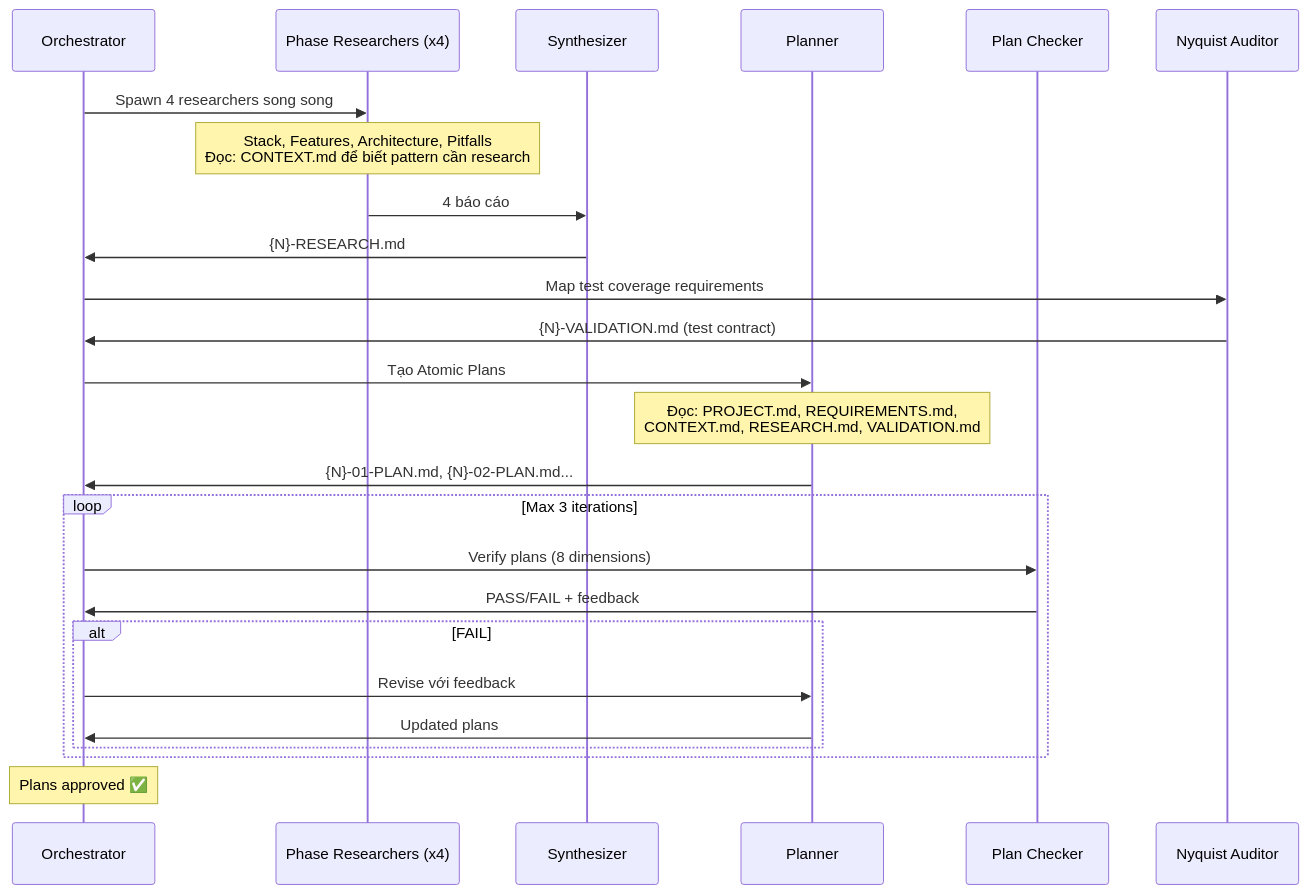
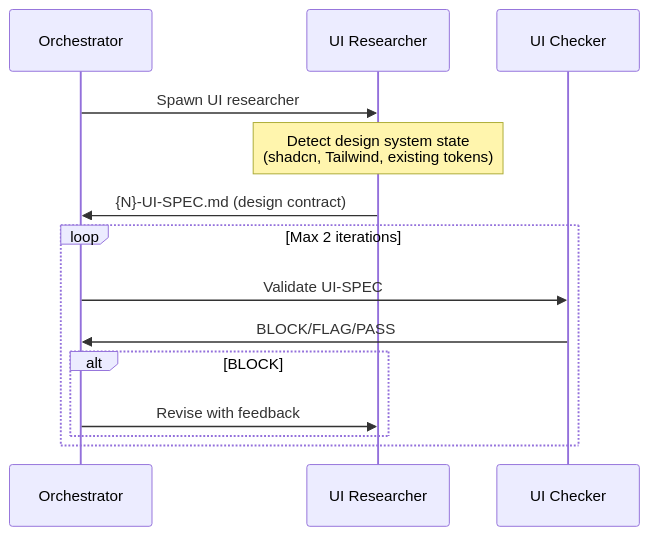
The third of 7 diagrams in vn/get-shit-done/1. Architecture and Logic.md (thientranhung/agentic-coding-lab), drawn with Mermaid before and after one commit. The commit also changed other lines of this file and 14 other files, not shown here.

````diff
--- a/vn/get-shit-done/1. Architecture and Logic.md
+++ b/vn/get-shit-done/1. Architecture and Logic.md
@@ -154,32 +160,18 @@
 ```mermaid
 sequenceDiagram
     participant O as Orchestrator
-    participant R as Phase Researchers (x4)
-    participant RS as Synthesizer
-    participant P as Planner
-    participant PC as Plan Checker
-    participant NQ as Nyquist Auditor
+    participant UIR as UI Researcher
+    participant UIC as UI Checker
 
-    O->>R: Spawn 4 researchers song song
-    Note over R: Stack, Features, Architecture, Pitfalls<br/>Đọc: CONTEXT.md để biết pattern cần research
-    R->>RS: 4 báo cáo
-    RS->>O: {N}-RESEARCH.md
-
-    O->>NQ: Map test coverage requirements
-    NQ->>O: {N}-VALIDATION.md (test contract)
-
-    O->>P: Tạo Atomic Plans
-    Note over P: Đọc: PROJECT.md, REQUIREMENTS.md,<br/>CONTEXT.md, RESEARCH.md, VALIDATION.md
-    P->>O: {N}-01-PLAN.md, {N}-02-PLAN.md...
+    O->>UIR: Spawn UI researcher
+    Note over UIR: Detect design system state<br/>(shadcn, Tailwind, existing tokens)
+    UIR->>O: {N}-UI-SPEC.md (design contract)
     
-    loop Max 3 iterations
-        O->>PC: Verify plans (8 dimensions)
-        PC->>O: PASS/FAIL + feedback
-        alt FAIL
-            O->>P: Revise với feedback
-            P->>O: Updated plans
+    loop Max 2 iterations
+        O->>UIC: Validate UI-SPEC
+        UIC->>O: BLOCK/FLAG/PASS
+        alt BLOCK
+            O->>UIR: Revise with feedback
         end
     end
-    
-    Note over O: Plans approved ✅
 ```
````
